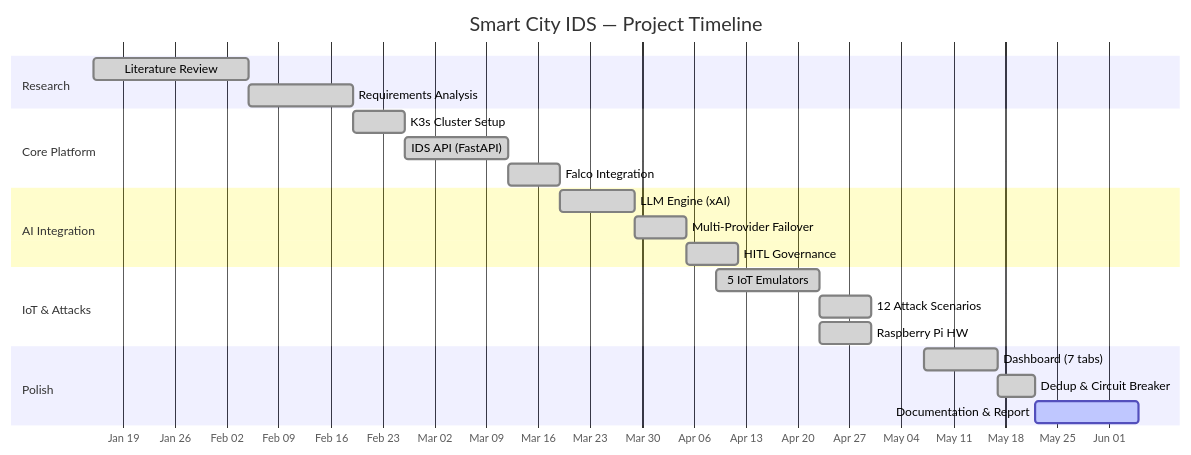
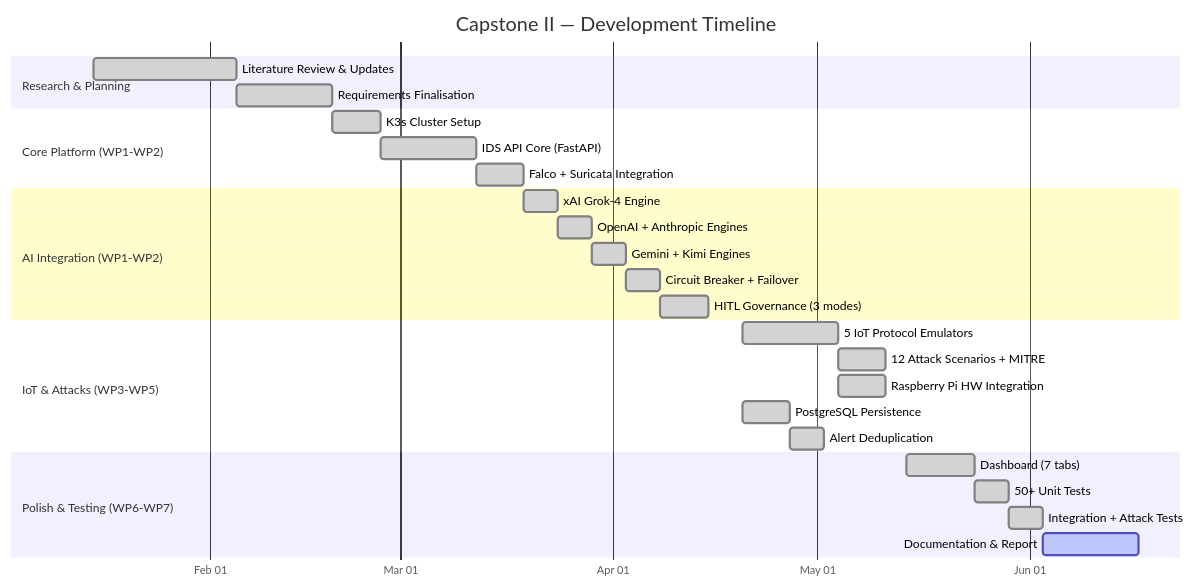
The fifth of 20 diagrams in docs/CAPSTONE_FIGURES.md (Alqaly/smart-city-ids), drawn with Mermaid before and after one commit. The commit also changed other lines of this file, not shown here.

First line of the commit message:
Improve figures file: exact placement labels + enhanced diagrams

````diff
--- a/docs/CAPSTONE_FIGURES.md
+++ b/docs/CAPSTONE_FIGURES.md
@@ -192,30 +273,35 @@
 ```mermaid
 gantt
-    title Smart City IDS — Project Timeline
+    title Capstone II — Development Timeline
     dateFormat  YYYY-MM-DD
     axisFormat  %b %d
 
-    section Research
-    Literature Review           :done, r1, 2025-01-15, 21d
-    Requirements Analysis       :done, r2, after r1, 14d
+    section Research & Planning
+    Literature Review & Updates     :done, r1, 2025-01-15, 21d
+    Requirements Finalisation       :done, r2, after r1, 14d
 
-    section Core Platform
-    K3s Cluster Setup           :done, c1, 2025-02-19, 7d
-    IDS API (FastAPI)           :done, c2, after c1, 14d
-    Falco Integration           :done, c3, after c2, 7d
+    section Core Platform (WP1-WP2)
+    K3s Cluster Setup               :done, c1, 2025-02-19, 7d
+    IDS API Core (FastAPI)          :done, c2, after c1, 14d
+    Falco + Suricata Integration    :done, c3, after c2, 7d
 
-    section AI Integration
-    LLM Engine (xAI)            :done, a1, 2025-03-19, 10d
-    Multi-Provider Failover     :done, a2, after a1, 7d
-    HITL Governance             :done, a3, after a2, 7d
+    section AI Integration (WP1-WP2)
+    xAI Grok-4 Engine               :done, a1, 2025-03-19, 5d
+    OpenAI + Anthropic Engines      :done, a2, after a1, 5d
+    Gemini + Kimi Engines           :done, a3, after a2, 5d
+    Circuit Breaker + Failover      :done, a4, after a3, 5d
+    HITL Governance (3 modes)       :done, a5, after a4, 7d
 
-    section IoT & Attacks
-    5 IoT Emulators             :done, i1, 2025-04-09, 14d
-    12 Attack Scenarios          :done, i2, after i1, 7d
-    Raspberry Pi HW             :done, i3, after i1, 7d
+    section IoT & Attacks (WP3-WP5)
+    5 IoT Protocol Emulators        :done, i1, 2025-04-20, 14d
+    12 Attack Scenarios + MITRE     :done, i2, after i1, 7d
+    Raspberry Pi HW Integration     :done, i3, after i1, 7d
+    PostgreSQL Persistence          :done, i4, 2025-04-20, 7d
+    Alert Deduplication             :done, i5, after i4, 5d
 
-    section Polish
-    Dashboard (7 tabs)          :done, p1, 2025-05-07, 10d
-    Dedup & Circuit Breaker     :done, p2, after p1, 5d
-    Documentation & Report      :active, p3, after p2, 14d
+    section Polish & Testing (WP6-WP7)
+    Dashboard (7 tabs)              :done, p1, 2025-05-14, 10d
+    50+ Unit Tests                  :done, p2, after p1, 5d
+    Integration + Attack Tests      :done, p3, after p2, 5d
+    Documentation & Report          :active, p4, after p3, 14d
 ```
````
